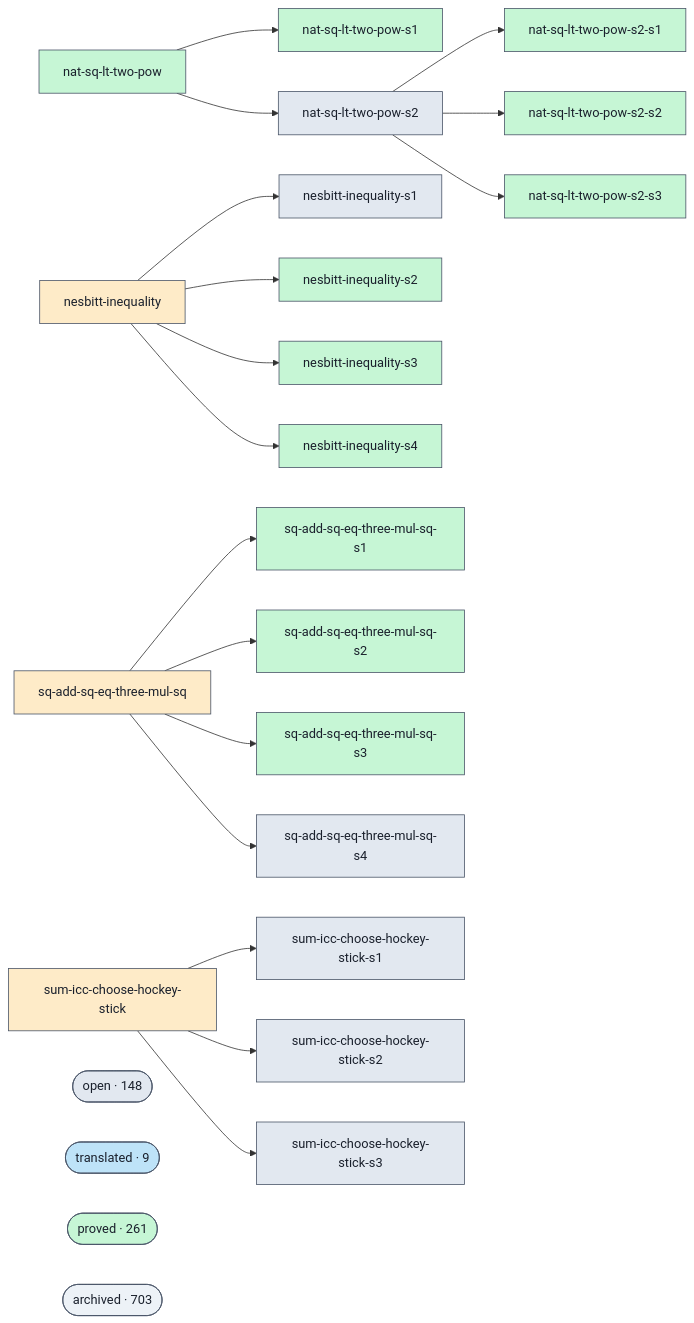
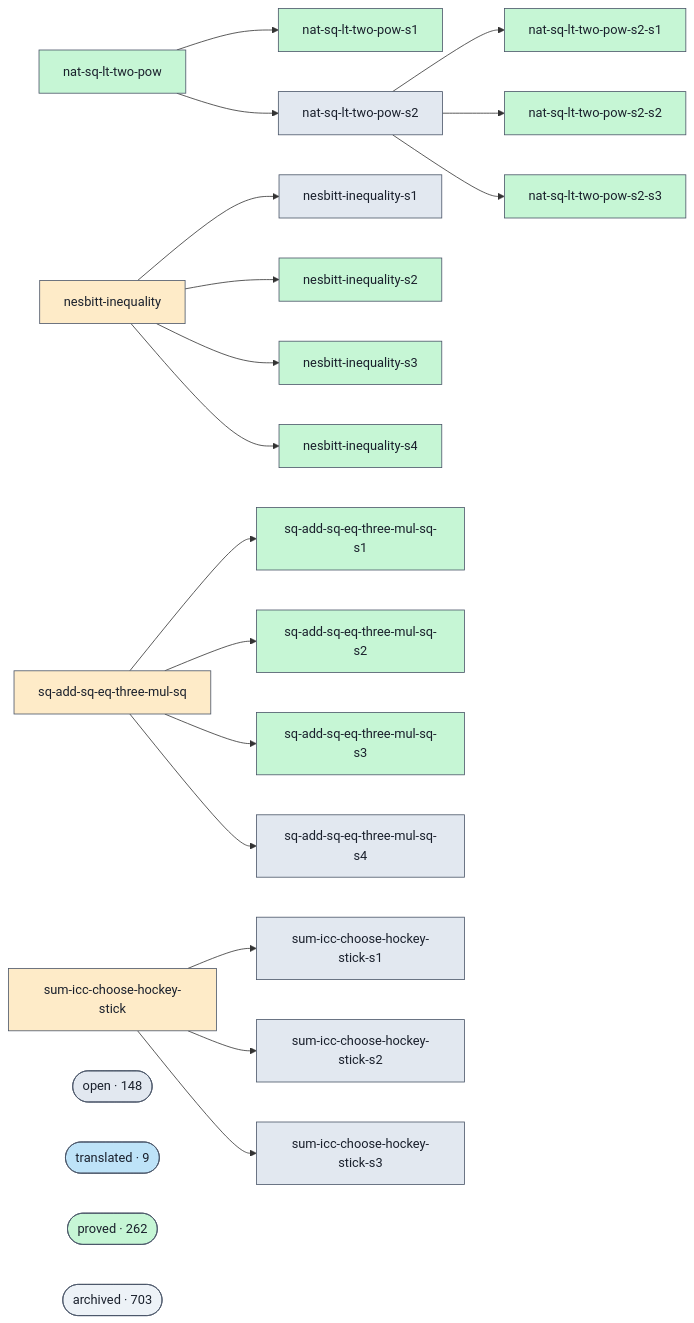
The diagram in docs/proofs-contributors-visualisation.md (ohdearquant/unsorry), drawn with Mermaid before and after one commit. The commit also changed other lines of this file and 2 other files, not shown here.

```diff
--- a/docs/proofs-contributors-visualisation.md
+++ b/docs/proofs-contributors-visualisation.md
@@ -102,7 +102,7 @@
   class cluster_open open;
   cluster_translated(["translated · 9"])
   class cluster_translated translated;
-  cluster_proved(["proved · 261"])
+  cluster_proved(["proved · 262"])
   class cluster_proved proved;
   cluster_archived(["archived · 703"])
   class cluster_archived unknown;
```
